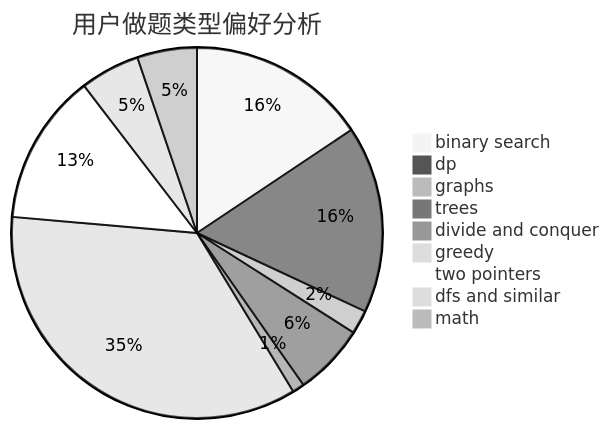
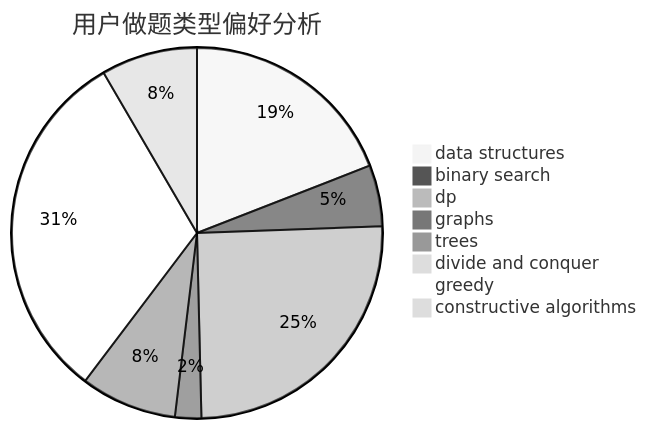
The second of 3 diagrams in docs/user/u1016.md (sherpahu/cfrs.github.io), drawn with Mermaid (neutral theme) before and after one commit. The commit also changed other lines of this file and 2775 other files, not shown here.

````diff
--- a/docs/user/u1016.md
+++ b/docs/user/u1016.md
@@ -23,12 +23,11 @@
 ```mermaid
 pie title 用户做题类型偏好分析
-    "binary search" :  45
-    "dp" :  47
-    "graphs" :  6
-    "trees" :  18
-    "divide and conquer" :  3
-    "greedy" :  101
-    "two pointers" :  38
-    "dfs and similar" :  15
-    "math" :  15
+    "data structures" :  25
+    "binary search" :  7
+    "dp" :  33
+    "graphs" :  3
+    "trees" :  11
+    "divide and conquer" :  0
+    "greedy" :  41
+    "constructive algorithms" :  11
 ```
````
